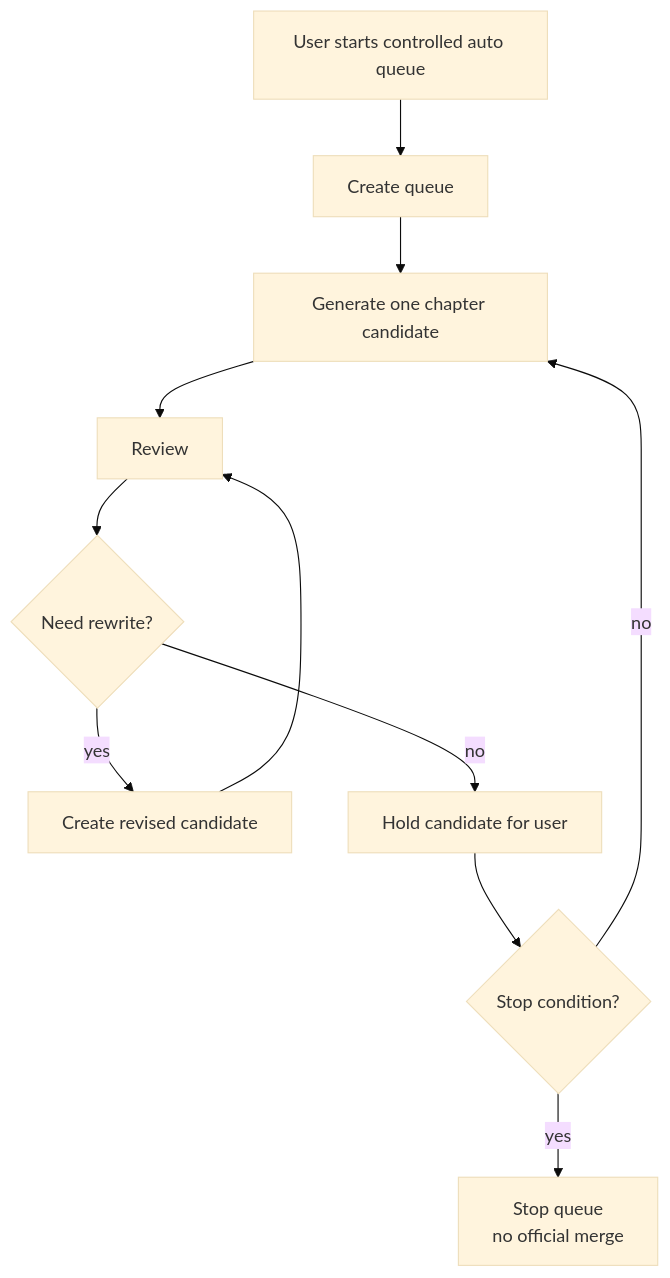
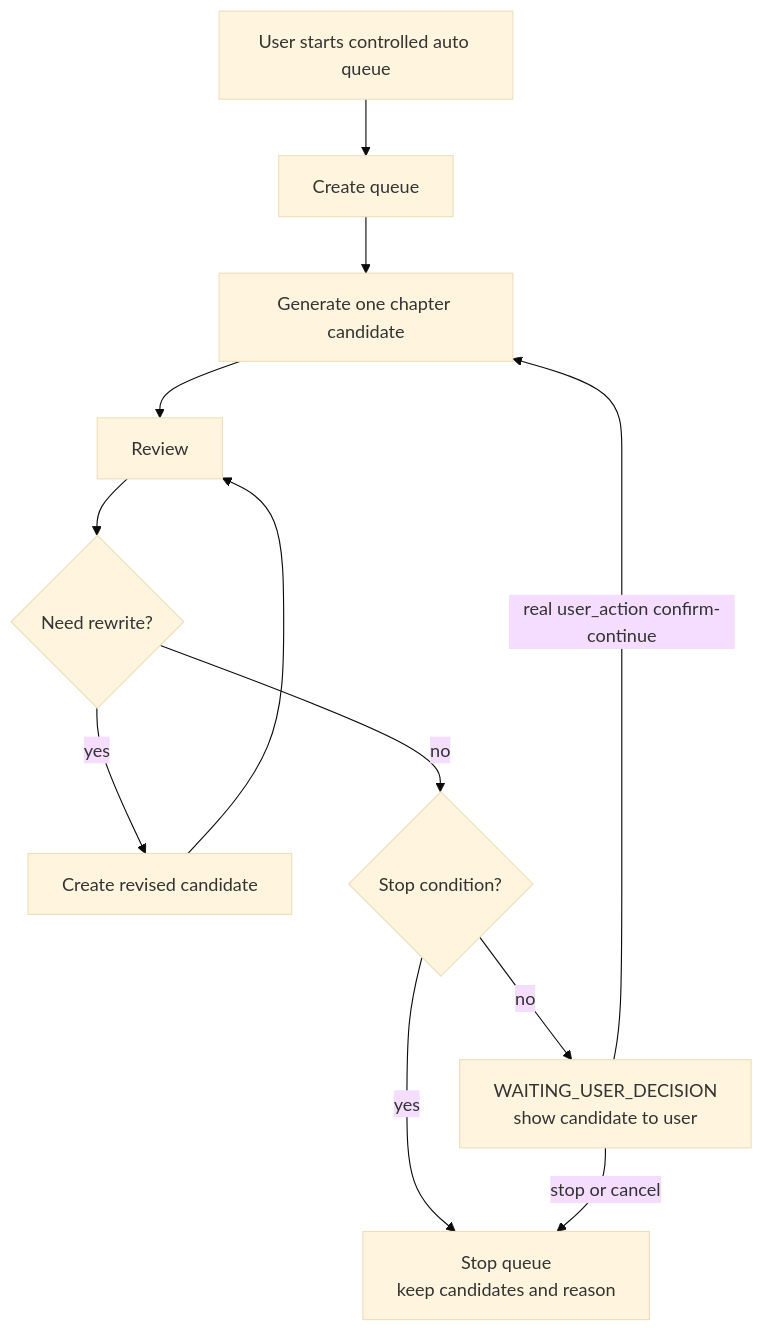
Before and after one commit to octsfm/InkTrace: diagram 20 of 22 in docs/02_architecture/InkTrace-V2.0-架构设计说明书.md, drawn with Mermaid (base theme). The commit also changed other lines of this file and 88 other files, not shown here.

````diff
--- a/docs/02_architecture/InkTrace-V2.0-架构设计说明书.md
+++ b/docs/02_architecture/InkTrace-V2.0-架构设计说明书.md
@@ -1598,13 +1602,14 @@
 ```mermaid
 flowchart TB
     Start["User starts controlled auto queue"] --> Queue["Create queue"]
     Queue --> Chapter["Generate one chapter candidate"]
     Chapter --> Review["Review"]
     Review --> Rewrite{"Need rewrite?"}
     Rewrite -->|yes| Revise["Create revised candidate"]
     Revise --> Review
-    Rewrite -->|no| Hold["Hold candidate for user"]
-    Hold --> Stop{"Stop condition?"}
-    Stop -->|no| Chapter
-    Stop -->|yes| End["Stop queue\nno official merge"]
+    Rewrite -->|no| Stop{"Stop condition?"}
+    Stop -->|yes| End["Stop queue\nkeep candidates and reason"]
+    Stop -->|no| Hold["WAITING_USER_DECISION\nshow candidate to user"]
+    Hold -->|real user_action confirm-continue| Chapter
+    Hold -->|stop or cancel| End
 ```
````
